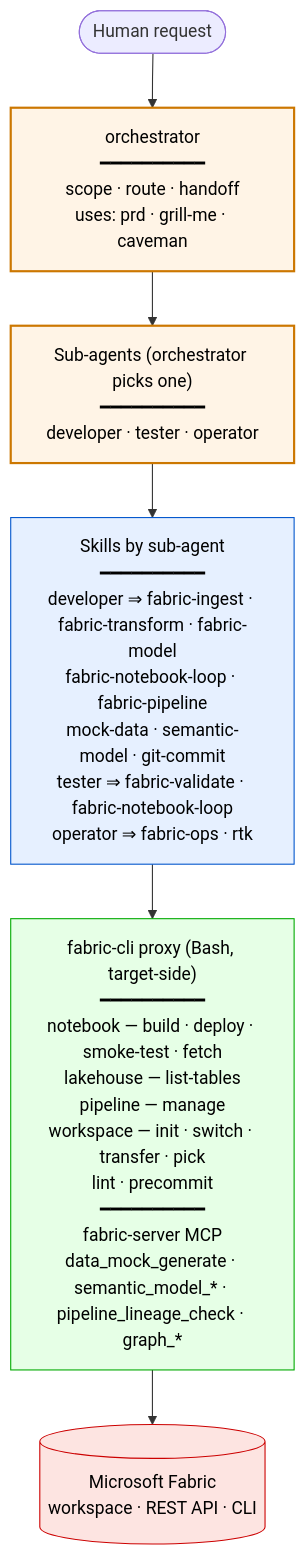
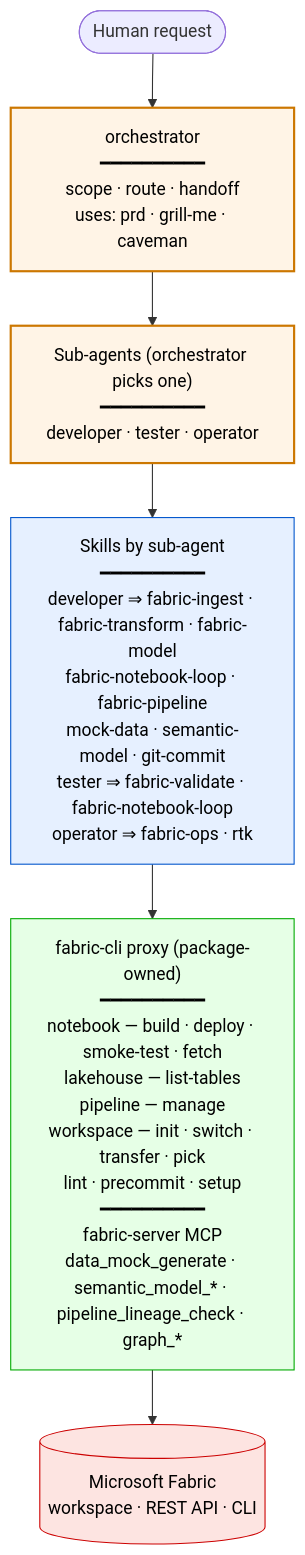
The diagram in docs/workflow.md (scardoso-lu/fabric-skills-settings), drawn with Mermaid before and after one commit. The commit also changed other lines of this file and 38 other files, not shown here.

Commit message:
cli and remote mcp server and dockre image

````diff
--- a/docs/workflow.md
+++ b/docs/workflow.md
@@ -5,24 +5,24 @@
 ```mermaid
 flowchart TD
     classDef agent fill:#fff4e6,stroke:#cc7700,stroke-width:2px,color:#000
     classDef skill fill:#e6f0ff,stroke:#0055cc,color:#000
     classDef tool fill:#e6ffe6,stroke:#00aa00,color:#000
     classDef ext fill:#fde4e1,stroke:#cc0000,color:#000
 
     H([Human request])
     H --> ORC
 
     ORC["orchestrator<br/>━━━━━━━━━━<br/>scope · route · handoff<br/>uses: prd · grill-me · caveman"]:::agent
     ORC --> SUBS
 
     SUBS["Sub-agents (orchestrator picks one)<br/>━━━━━━━━━━<br/>developer · tester · operator"]:::agent
     SUBS --> SKILLS
 
     SKILLS["Skills by sub-agent<br/>━━━━━━━━━━<br/>developer ⇒ fabric-ingest · fabric-transform · fabric-model<br/>fabric-notebook-loop · fabric-pipeline<br/>mock-data · semantic-model · git-commit<br/>tester ⇒ fabric-validate · fabric-notebook-loop<br/>operator ⇒ fabric-ops · rtk"]:::skill
     SKILLS --> TOOLS
 
-    TOOLS["fabric-cli proxy (Bash, target-side)<br/>━━━━━━━━━━<br/>notebook — build · deploy · smoke-test · fetch<br/>lakehouse — list-tables<br/>pipeline — manage<br/>workspace — init · switch · transfer · pick<br/>lint · precommit<br/>━━━━━━━━━━<br/>fabric-server MCP<br/>data_mock_generate · semantic_model_* · pipeline_lineage_check · graph_*"]:::tool
+    TOOLS["fabric-cli proxy (package-owned)<br/>━━━━━━━━━━<br/>notebook — build · deploy · smoke-test · fetch<br/>lakehouse — list-tables<br/>pipeline — manage<br/>workspace — init · switch · transfer · pick<br/>lint · precommit · setup<br/>━━━━━━━━━━<br/>fabric-server MCP<br/>data_mock_generate · semantic_model_* · pipeline_lineage_check · graph_*"]:::tool
     TOOLS --> FAB
 
     FAB[("Microsoft Fabric<br/>workspace · REST API · CLI")]:::ext
 ```
````
